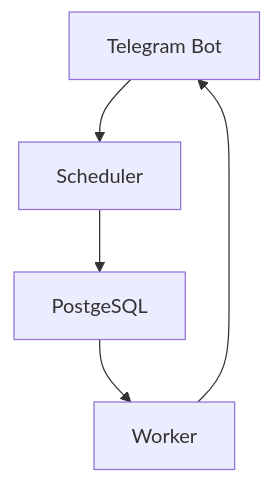
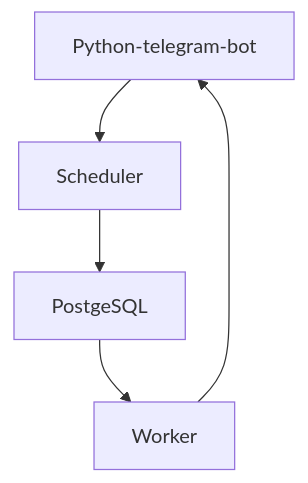
Before and after one commit to Kalmar4uk/bot_scheduler: the diagram in README.md, drawn with Mermaid.

````diff
--- a/README.md
+++ b/README.md
@@ -15,7 +15,7 @@
 ```mermaid
 graph TD
-    A[Telegram Bot] --> B[Scheduler]
+    A[Python-telegram-bot] --> B[Scheduler]
     B --> C[PostgeSQL]
     C --> D[Worker]
     D --> A
 ```
````
